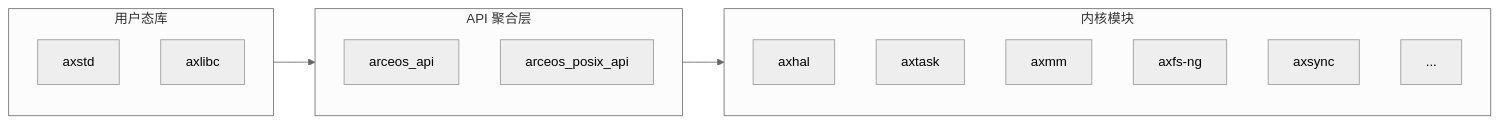
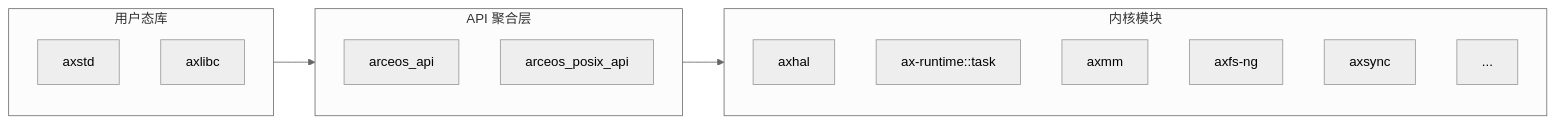
One commit to rcore-os/tgoskits changed the second of 4 diagrams in docs/docs/introduction/overview.md. Above: the diagram before and after it, drawn with Mermaid (neutral theme). The commit also changed other lines of this file and 430 other files, not shown here.

Commit message:
refactor(ax-task): rebuild task scheduling runtime

````diff
--- a/docs/docs/introduction/overview.md
+++ b/docs/docs/introduction/overview.md
@@ -167,21 +167,21 @@
 ```mermaid
 flowchart LR
     subgraph ulib["用户态库"]
         axstd["axstd"]
         axlibc["axlibc"]
     end
     subgraph api["API 聚合层"]
         arceos_api["arceos_api"]
         posix_api["arceos_posix_api"]
     end
     subgraph mods["内核模块"]
         hal["axhal"]
-        task["axtask"]
+        task["ax-runtime::task"]
         mm["axmm"]
         fs["axfs-ng"]
         sync["axsync"]
         other["..."]
     end
 
     ulib --> api --> mods
 ```
````
